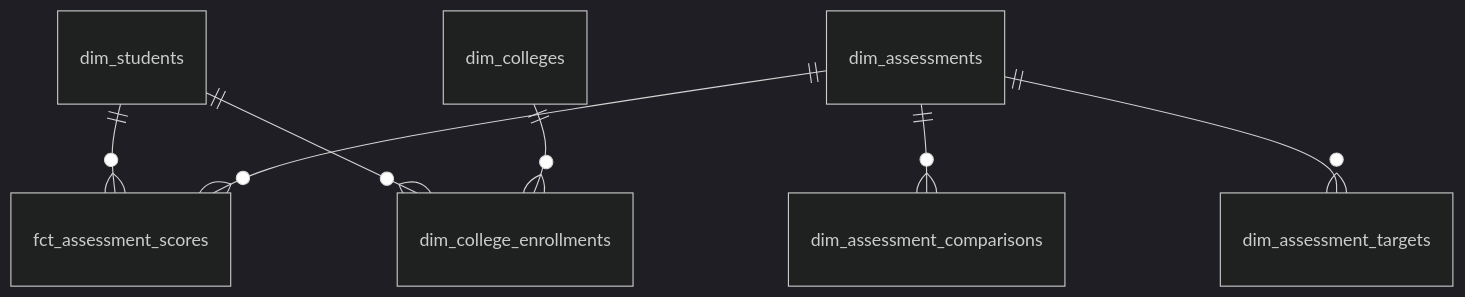
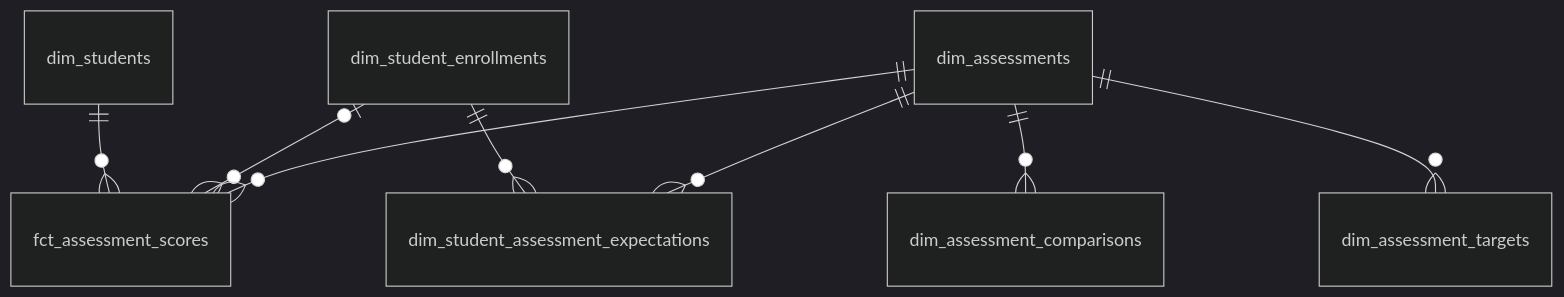
The third of 10 diagrams in docs/superpowers/specs/2026-03-27-star-schema-data-mart-design.md (TEAMSchools/teamster), drawn with Mermaid (dark theme) before and after one commit. The commit also changed other lines of this file, not shown here.

First line of the commit message:
docs: revise star schema data mart spec per stakeholder feedback

````diff
--- a/docs/superpowers/specs/2026-03-27-star-schema-data-mart-design.md
+++ b/docs/superpowers/specs/2026-03-27-star-schema-data-mart-design.md
@@ -357,9 +430,10 @@
 ```mermaid
 erDiagram
     dim_students ||--o{ fct_assessment_scores : ""
+    dim_student_enrollments |o--o{ fct_assessment_scores : ""
     dim_assessments ||--o{ fct_assessment_scores : ""
     dim_assessments ||--o{ dim_assessment_comparisons : ""
     dim_assessments ||--o{ dim_assessment_targets : ""
-    dim_students ||--o{ dim_college_enrollments : ""
-    dim_colleges ||--o{ dim_college_enrollments : ""
+    dim_student_enrollments ||--o{ dim_student_assessment_expectations : ""
+    dim_assessments ||--o{ dim_student_assessment_expectations : ""
 ```
````
